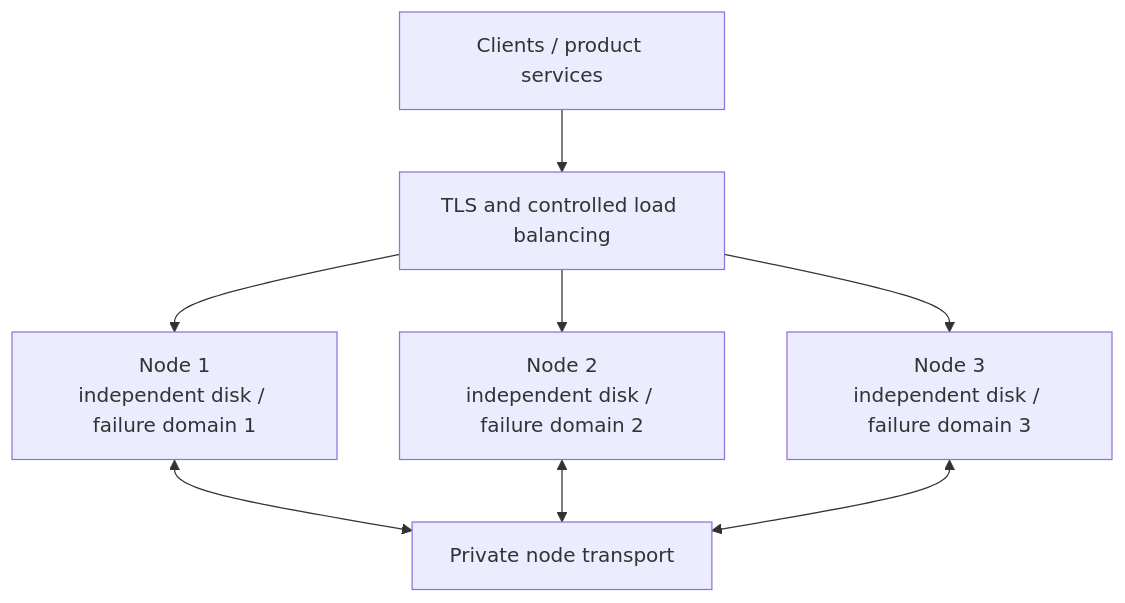
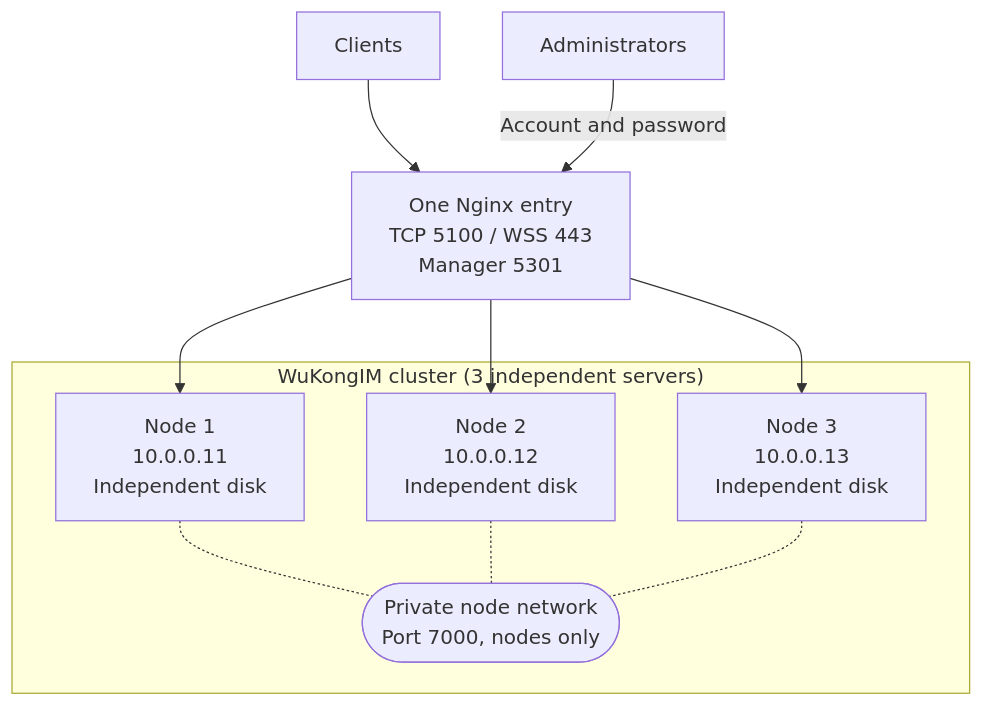
Before and after one commit to WuKongIM/WuKongIM: the diagram in docs-site/content/docs/server/deployment/multi-node.en.mdx, drawn with Mermaid. The commit also changed other lines of this file and 59 other files, not shown here.

````diff
--- a/docs-site/content/docs/server/deployment/multi-node.en.mdx
+++ b/docs-site/content/docs/server/deployment/multi-node.en.mdx
@@ -8,10 +8,23 @@
 ```mermaid
-flowchart TD
-  Client["Clients / product services"] --> Edge["TLS and controlled load balancing"]
-  Edge --> Node1["Node 1<br/>independent disk / failure domain 1"]
-  Edge --> Node2["Node 2<br/>independent disk / failure domain 2"]
-  Edge --> Node3["Node 3<br/>independent disk / failure domain 3"]
-  Node1 <--> Transport["Private node transport"]
-  Node2 <--> Transport
-  Node3 <--> Transport
+flowchart TB
+  Client["Clients"]
+  Admin["Administrators"]
+  Nginx["One Nginx entry<br/>TCP 5100 / WSS 443<br/>Manager 5301"]
+
+  subgraph Cluster["WuKongIM cluster (3 independent servers)"]
+    Node1["Node 1<br/>10.0.0.11<br/>Independent disk"]
+    Node2["Node 2<br/>10.0.0.12<br/>Independent disk"]
+    Node3["Node 3<br/>10.0.0.13<br/>Independent disk"]
+    Network(["Private node network<br/>Port 7000, nodes only"])
+
+    Node1 -.- Network
+    Node2 -.- Network
+    Node3 -.- Network
+  end
+
+  Client --> Nginx
+  Admin -->|Account and password| Nginx
+  Nginx --> Node1
+  Nginx --> Node2
+  Nginx --> Node3
 ```
````
